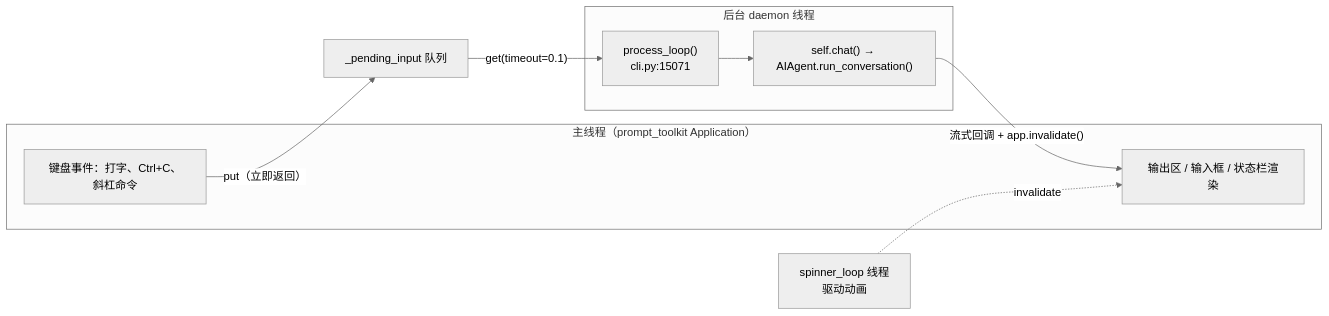
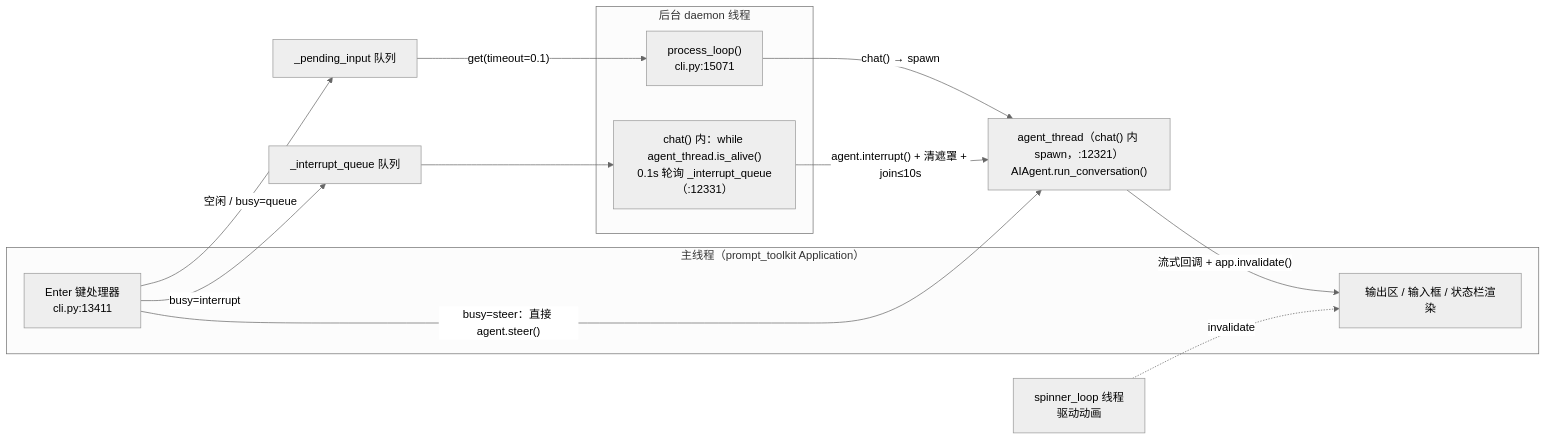
One commit to fang-lin/hermes-agent-code-analysis changed the second of 6 diagrams in docs/zh/10-交互界面与运行模式.md. Above: the diagram before and after it, drawn with Mermaid (neutral theme). The commit also changed other lines of this file, not shown here.

Commit message:
10 章 depth 补充：三线程打断链路/goal 定义与打断交互/worktree 内部机制/PtyBridge 四层图/双鉴权/皮肤继承例外/语音 15s 边界 + 修一批过时行号

````diff
--- a/docs/zh/10-交互界面与运行模式.md
+++ b/docs/zh/10-交互界面与运行模式.md
@@ -224,19 +239,25 @@
 ```mermaid
 flowchart LR
     subgraph MAIN["主线程（prompt_toolkit Application）"]
         UI["输出区 / 输入框 / 状态栏渲染"]
-        KB["键盘事件：打字、Ctrl+C、斜杠命令"]
+        KB["Enter 键处理器<br/>cli.py:13411"]
     end
     subgraph BG["后台 daemon 线程"]
         PL["process_loop()<br/>cli.py:15071"]
-        CHAT["self.chat() → AIAgent.run_conversation()"]
+        MON["chat() 内：while agent_thread.is_alive()<br/>0.1s 轮询 _interrupt_queue（:12331）"]
     end
+    AT["agent_thread（chat() 内 spawn，:12321）<br/>AIAgent.run_conversation()"]
     SPIN["spinner_loop 线程<br/>驱动动画"]
     Q["_pending_input 队列"]
+    IQ["_interrupt_queue 队列"]
 
-    KB -->|"put（立即返回）"| Q
+    KB -->|"空闲 / busy=queue"| Q
+    KB -->|"busy=interrupt"| IQ
+    KB -->|"busy=steer：直接 agent.steer()"| AT
     Q -->|"get(timeout=0.1)"| PL
-    PL --> CHAT
-    CHAT -->|"流式回调 + app.invalidate()"| UI
+    PL -->|"chat() → spawn"| AT
+    IQ --> MON
+    MON -->|"agent.interrupt() + 清遮罩 + join≤10s"| AT
+    AT -->|"流式回调 + app.invalidate()"| UI
     SPIN -.->|"invalidate"| UI
 ```
````
